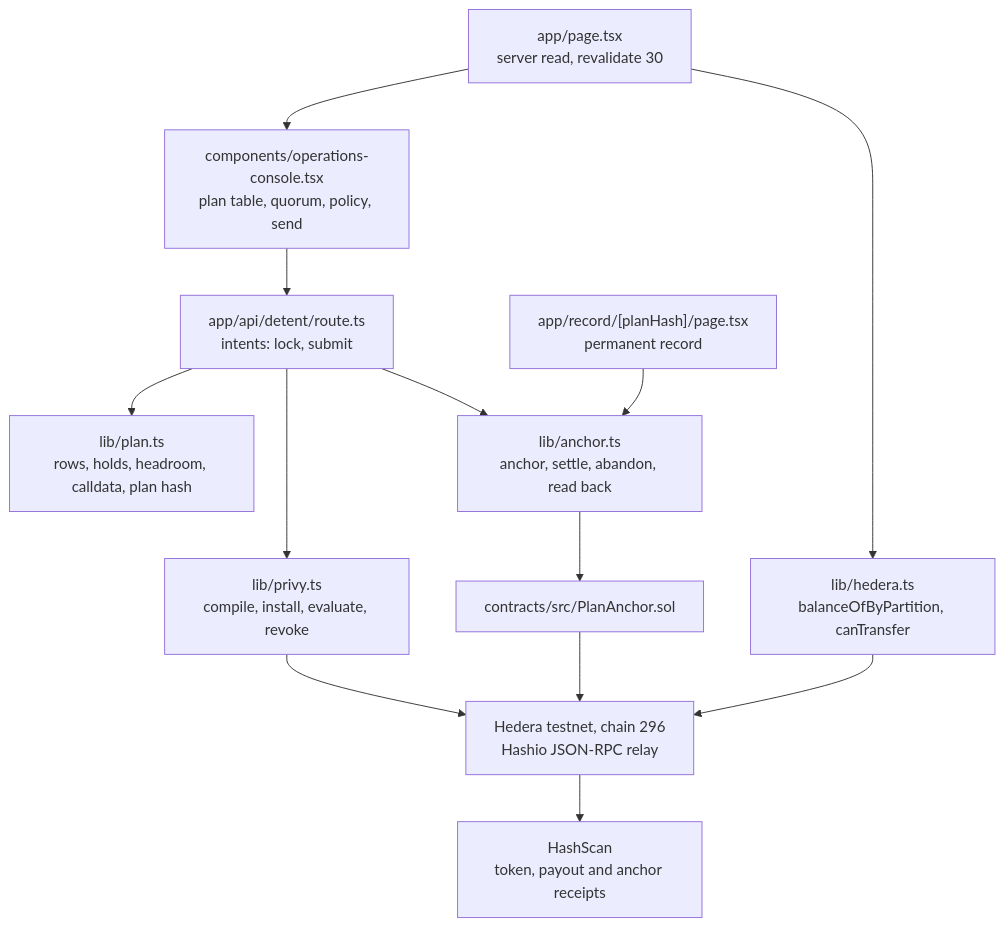
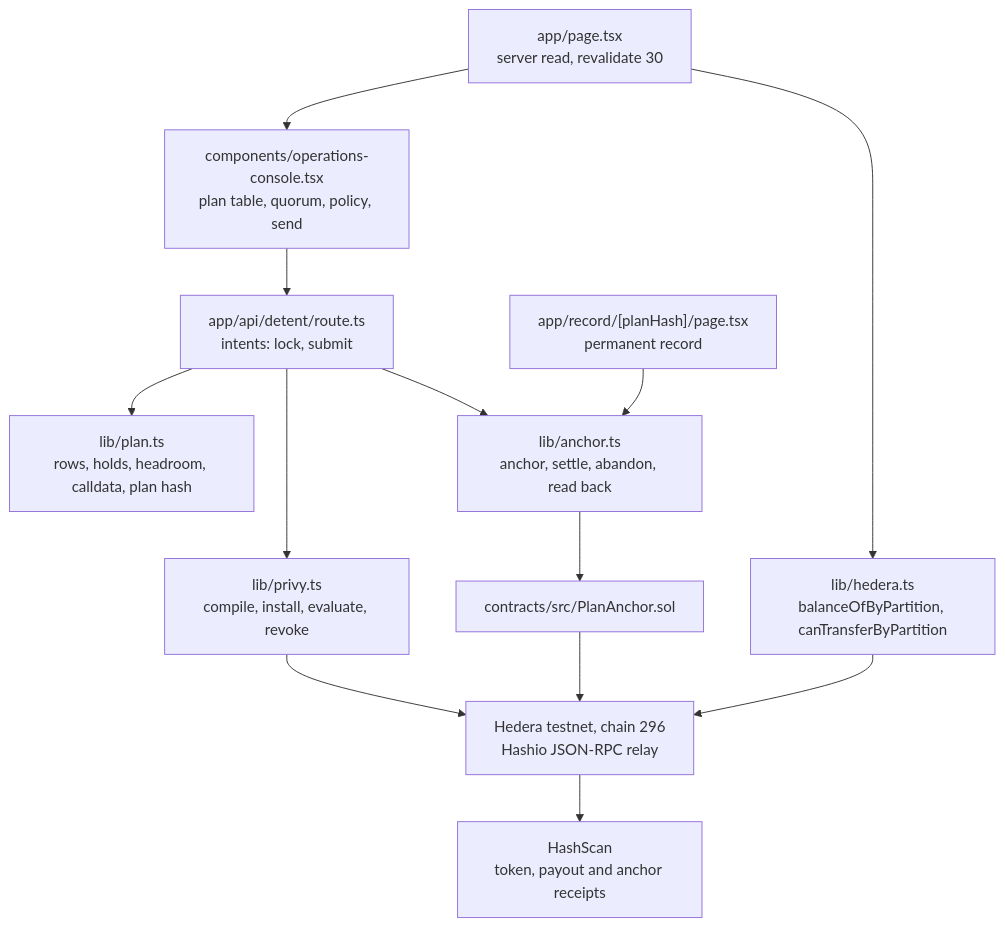
One commit to mericcintosun/detent changed the diagram in README.md. Above: the diagram before and after it, drawn with Mermaid. The commit also changed other lines of this file and 2 other files, not shown here.

````diff
--- a/README.md
+++ b/README.md
@@ -113,27 +113,27 @@
 ```mermaid
 flowchart TD
   page["app/page.tsx<br/>server read, revalidate 30"]
   console["components/operations-console.tsx<br/>plan table, quorum, policy, send"]
   api["app/api/detent/route.ts<br/>intents: lock, submit"]
   plan["lib/plan.ts<br/>rows, holds, headroom, calldata, plan hash"]
   privy["lib/privy.ts<br/>compile, install, evaluate, revoke"]
   anchor["lib/anchor.ts<br/>anchor, settle, abandon, read back"]
-  hedera["lib/hedera.ts<br/>balanceOfByPartition, canTransfer"]
+  hedera["lib/hedera.ts<br/>balanceOfByPartition, canTransferByPartition"]
   contract["contracts/src/PlanAnchor.sol"]
   chain["Hedera testnet, chain 296<br/>Hashio JSON-RPC relay"]
   scan["HashScan<br/>token, payout and anchor receipts"]
   record["app/record/[planHash]/page.tsx<br/>permanent record"]
 
   page --> console
   page --> hedera
   console --> api
   api --> plan
   api --> privy
   api --> anchor
   hedera --> chain
   privy --> chain
   anchor --> contract
   contract --> chain
   chain --> scan
   record --> anchor
 ```
````
